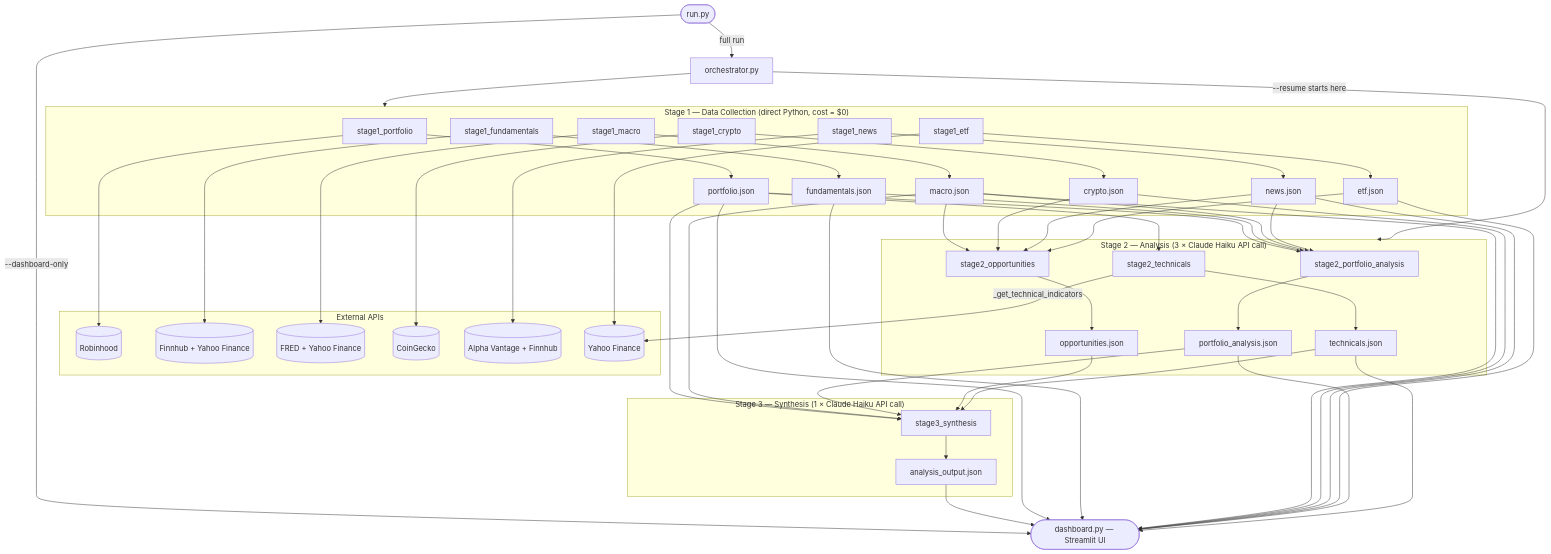
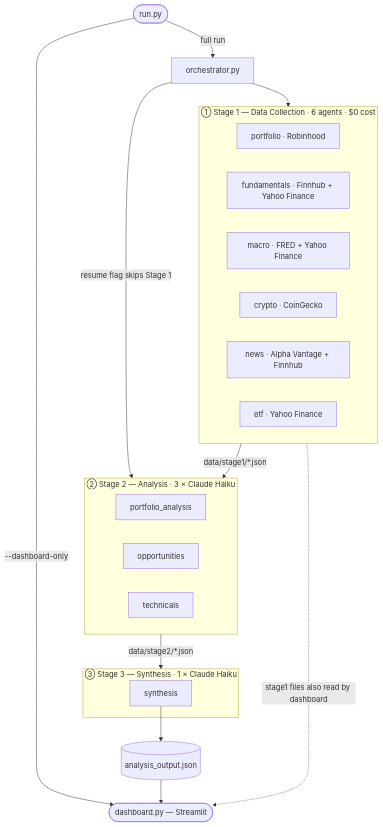
The diagram in docs/architecture.md (aryansri0208/financial-agent-Claude), drawn with Mermaid before and after one commit. The commit also changed other lines of this file, not shown here.

Commit message:
Simplify architecture diagram — linear flowchart, no wide fan-out edges
Previous diagram spread horizontally because every individual JSON file
had its own edge to DASH and SYN. Replaced with stage-to-stage edges
using data/stage1/*.json and data/stage2/*.json labels. Agents now show
their external API source inline (no \n). Removed hidden node trick and
classDef CSS. Layout is now a clean vertical pipeline that renders
correctly on GitHub.

````diff
--- a/docs/architecture.md
+++ b/docs/architecture.md
@@ -5,77 +5,37 @@
 ```mermaid
-graph TD
+flowchart TD
     RUN([run.py])
     ORCH[orchestrator.py]
-    DASH([dashboard.py — Streamlit UI])
 
     RUN -->|full run| ORCH
     RUN -->|--dashboard-only| DASH
 
-    subgraph S1 ["Stage 1 — Data Collection  (direct Python, cost = $0)"]
-        P1[stage1_portfolio] --> D1[portfolio.json]
-        P2[stage1_fundamentals] --> D2[fundamentals.json]
-        P3[stage1_macro] --> D3[macro.json]
-        P4[stage1_crypto] --> D4[crypto.json]
-        P5[stage1_news] --> D5[news.json]
-        P6[stage1_etf] --> D6[etf.json]
+    subgraph S1 ["① Stage 1 — Data Collection  ·  6 agents  ·  $0 cost"]
+        direction LR
+        P1["portfolio · Robinhood"]
+        P2["fundamentals · Finnhub + Yahoo Finance"]
+        P3["macro · FRED + Yahoo Finance"]
+        P4["crypto · CoinGecko"]
+        P5["news · Alpha Vantage + Finnhub"]
+        P6["etf · Yahoo Finance"]
     end
 
-    subgraph EXT ["External APIs"]
-        E1[(Robinhood)]
-        E2[(Finnhub + Yahoo Finance)]
-        E3[(FRED + Yahoo Finance)]
-        E4[(CoinGecko)]
-        E5[(Alpha Vantage + Finnhub)]
-        E6[(Yahoo Finance)]
+    subgraph S2 ["② Stage 2 — Analysis  ·  3 × Claude Haiku"]
+        direction LR
+        A2[portfolio_analysis]
+        A3[opportunities]
+        A4[technicals]
     end
 
-    P1 --> E1
-    P2 --> E2
-    P3 --> E3
-    P4 --> E4
-    P5 --> E5
-    P6 --> E6
+    subgraph S3 ["③ Stage 3 — Synthesis  ·  1 × Claude Haiku"]
+        SYN[synthesis]
+    end
 
     ORCH --> S1
-
-    subgraph S2 ["Stage 2 — Analysis  (3 × Claude Haiku API call)"]
-        A2[stage2_portfolio_analysis] --> DA2[portfolio_analysis.json]
-        A3[stage2_opportunities] --> DA3[opportunities.json]
-        A4[stage2_technicals] --> DA4[technicals.json]
-    end
-
-    D1 --> A2
-    D2 --> A2
-    D3 --> A2
-    D5 --> A2
-
-    D3 --> A3
-    D4 --> A3
-    D5 --> A3
-    D6 --> A3
-
-    D1 --> A4
-    A4 -->|_get_technical_indicators| E6
-
-    ORCH -->|--resume starts here| S2
-
-    subgraph S3 ["Stage 3 — Synthesis  (1 × Claude Haiku API call)"]
-        SYN[stage3_synthesis] --> OUT[analysis_output.json]
-    end
-
-    D1 --> SYN
-    D3 --> SYN
-    DA2 --> SYN
-    DA3 --> SYN
-    DA4 --> SYN
-
-    OUT --> DASH
-    D1 --> DASH
-    D2 --> DASH
-    D3 --> DASH
-    D4 --> DASH
-    D5 --> DASH
-    D6 --> DASH
-    DA2 --> DASH
-    DA4 --> DASH
+    ORCH -->|resume flag skips Stage 1| S2
+    S1 -->|data/stage1/*.json| S2
+    S2 -->|data/stage2/*.json| S3
+    SYN --> OUT[(analysis_output.json)]
+    OUT --> DASH([dashboard.py — Streamlit])
+    S1 -.->|stage1 files also read by dashboard| DASH
 ```
````
